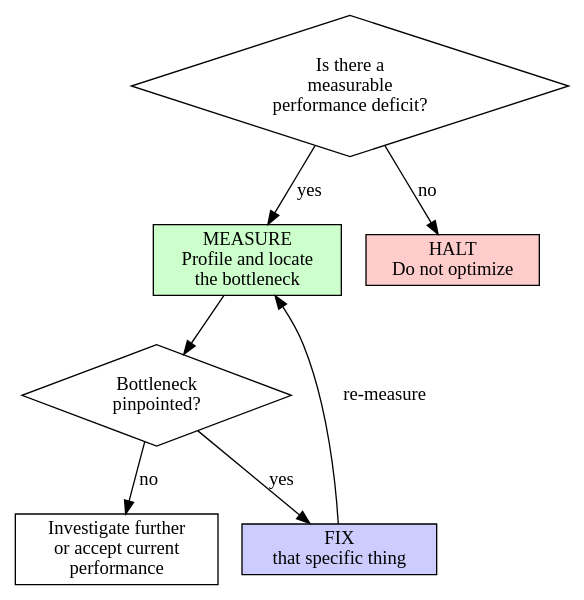
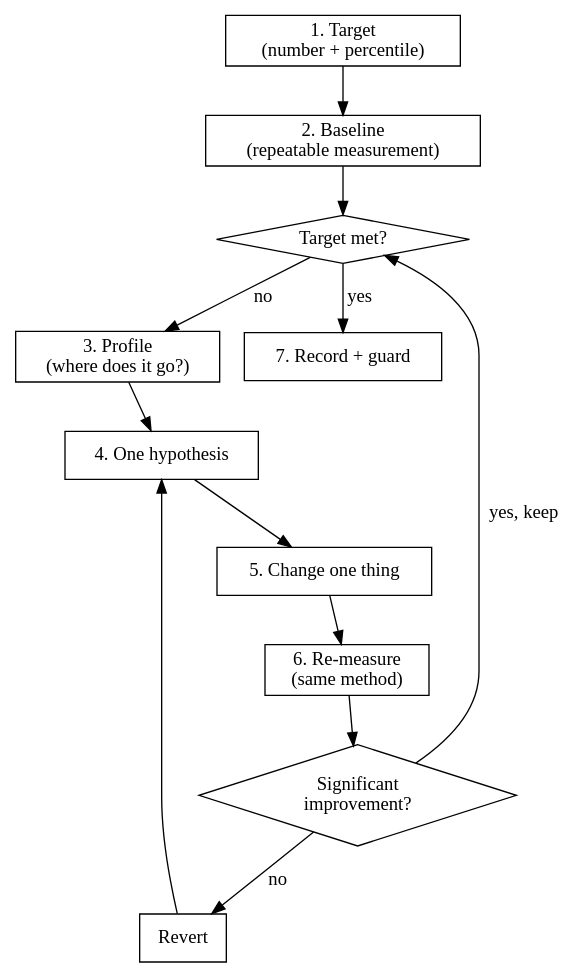
One commit to NoobyGains/godmode changed the diagram in skills/performance-tuning/SKILL.md. Above: the diagram before and after it, drawn with Graphviz. The commit also changed other lines of this file and 17 other files, not shown here.

````diff
--- a/skills/performance-tuning/SKILL.md
+++ b/skills/performance-tuning/SKILL.md
@@ -26,17 +33,23 @@
 ```dot
-digraph perf_gate {
-    problem [label="Is there a\nmeasurable\nperformance deficit?", shape=diamond];
-    measure [label="MEASURE\nProfile and locate\nthe bottleneck", shape=box, style=filled, fillcolor="#ccffcc"];
-    halt [label="HALT\nDo not optimize", shape=box, style=filled, fillcolor="#ffcccc"];
-    found [label="Bottleneck\npinpointed?", shape=diamond];
-    fix [label="FIX\nthat specific thing", shape=box, style=filled, fillcolor="#ccccff"];
-    dig [label="Investigate further\nor accept current\nperformance", shape=box];
+digraph perf {
+    rankdir=TB;
+    target [label="1. Target\n(number + percentile)", shape=box];
+    baseline [label="2. Baseline\n(repeatable measurement)", shape=box];
+    met [label="Target met?", shape=diamond];
+    profile [label="3. Profile\n(where does it go?)", shape=box];
+    hypo [label="4. One hypothesis", shape=box];
+    change [label="5. Change one thing", shape=box];
+    remeasure [label="6. Re-measure\n(same method)", shape=box];
+    better [label="Significant\nimprovement?", shape=diamond];
+    revert [label="Revert", shape=box];
+    done [label="7. Record + guard", shape=box];
 
-    problem -> measure [label="yes"];
-    problem -> halt [label="no"];
-    measure -> found;
-    found -> fix [label="yes"];
-    found -> dig [label="no"];
-    fix -> measure [label="re-measure"];
+    target -> baseline -> met;
+    met -> done [label="yes"];
+    met -> profile [label="no"];
+    profile -> hypo -> change -> remeasure -> better;
+    better -> met [label="yes, keep"];
+    better -> revert [label="no"];
+    revert -> hypo;
 }
 ```
````
